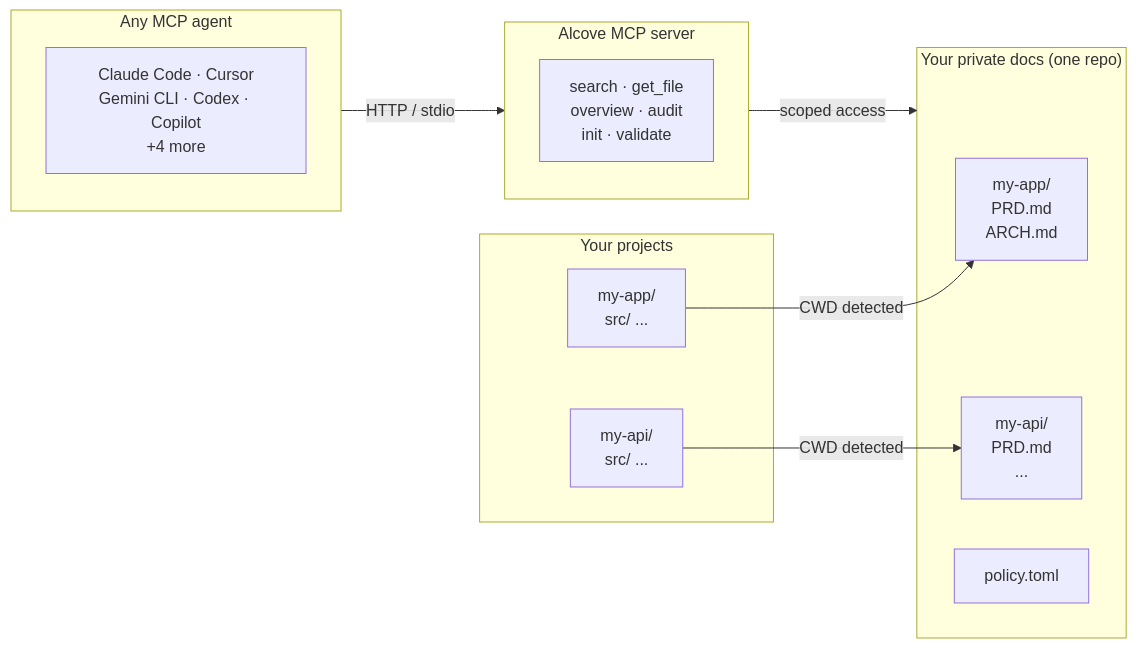
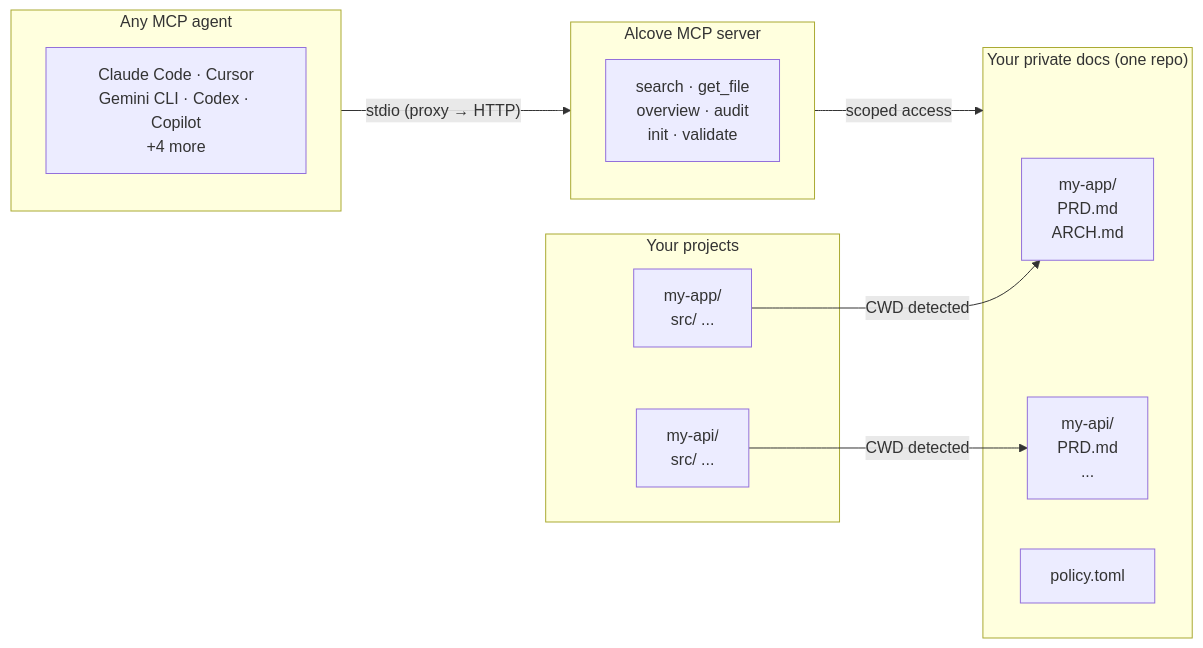
The diagram in README.md (epicsagas/alcove), drawn with Mermaid before and after one commit. The commit also changed other lines of this file and 1 other file, not shown here.

First line of the commit message:
docs: fix connection mode docs to describe hybrid proxy architecture

````diff
--- a/README.md
+++ b/README.md
@@ -175,26 +175,26 @@
 ```mermaid
 flowchart LR
     subgraph Projects["Your projects"]
         A1["my-app/\n  src/ ..."]
         A2["my-api/\n  src/ ..."]
     end
 
     subgraph Docs["Your private docs (one repo)"]
         D1["my-app/\n  PRD.md\n  ARCH.md"]
         D2["my-api/\n  PRD.md\n  ..."]
         P1["policy.toml"]
     end
 
     subgraph Agents["Any MCP agent"]
         AG["Claude Code · Cursor\nGemini CLI · Codex · Copilot\n+4 more"]
     end
 
     subgraph MCP["Alcove MCP server"]
         T["search · get_file\noverview · audit\ninit · validate"]
     end
 
     A1 -- "CWD detected" --> D1
     A2 -- "CWD detected" --> D2
-    Agents -- "HTTP / stdio" --> MCP
+    Agents -- "stdio (proxy → HTTP)" --> MCP
     MCP -- "scoped access" --> Docs
 ```
````
